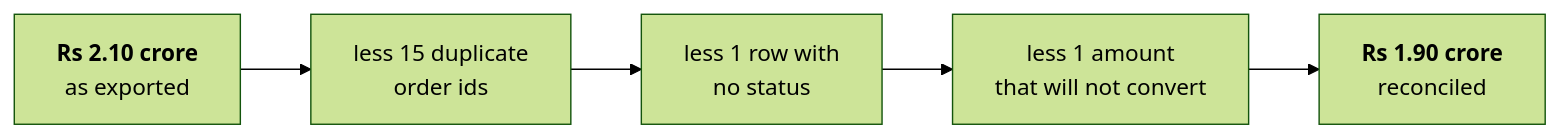
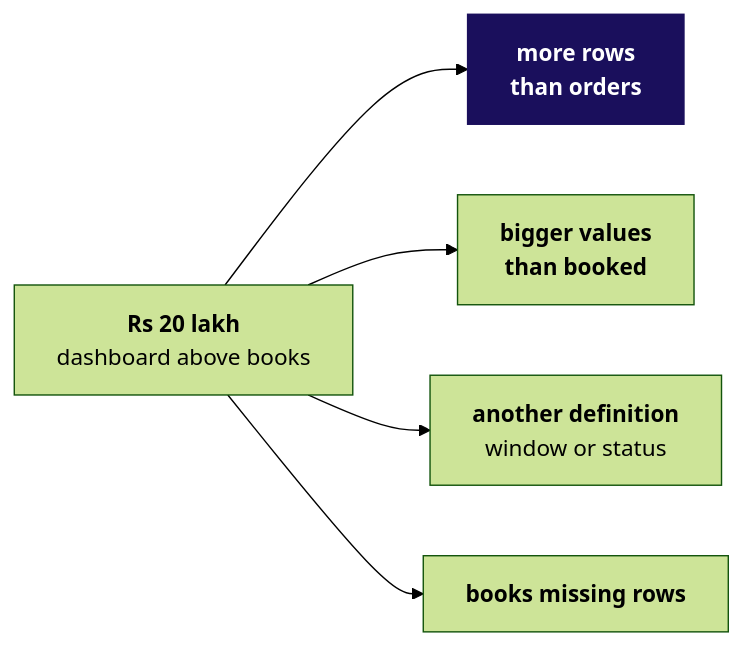
Before and after one commit to fde-academy-lab/c2-content-factory: the first of 4 diagrams in content/W01/D3/whiteboards/C2_W01_D03_reconciliation_STUDENT.md, drawn with Mermaid (forest theme). The commit also changed other lines of this file and 8 other files, not shown here.

````diff
--- a/content/W01/D3/whiteboards/C2_W01_D03_reconciliation_STUDENT.md
+++ b/content/W01/D3/whiteboards/C2_W01_D03_reconciliation_STUDENT.md
@@ -55,7 +10,9 @@
 ```mermaid
 flowchart LR
-    A["<b>Rs 2.10 crore</b><br/>as exported"] --> B["less 15 duplicate<br/>order ids"]
-    B --> C["less 1 row with<br/>no status"]
-    C --> D["less 1 amount<br/>that will not convert"]
-    D --> E["<b>Rs 1.90 crore</b><br/>reconciled"]
+    G["<b>Rs 20 lakh</b><br/>dashboard above books"] --> U["<b>more rows<br/>than orders</b>"]
+    G --> V["<b>bigger values<br/>than booked</b>"]
+    G --> D["<b>another definition</b><br/>window or status"]
+    G --> L["<b>books missing rows</b>"]
+    classDef bet fill:#1A0F5C,stroke:#1A0F5C,color:#FFFFFF
+    class U bet
 ```
````
